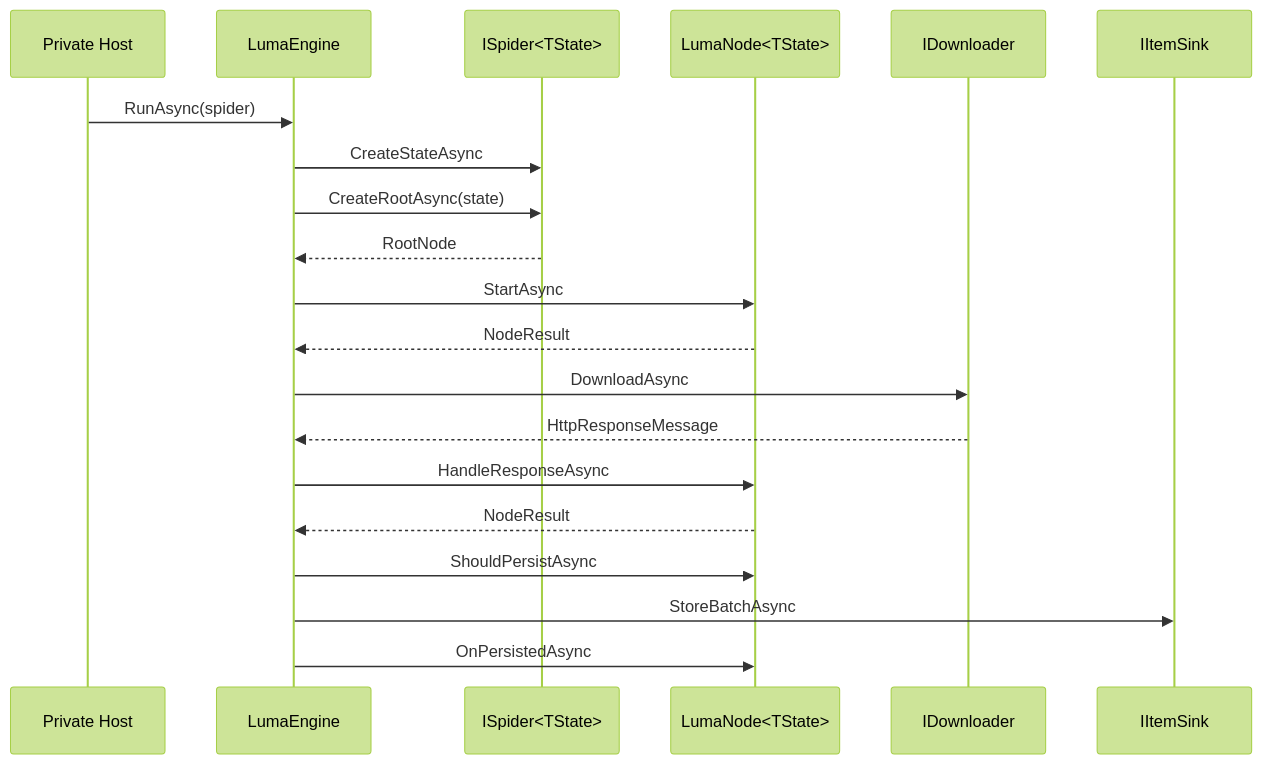
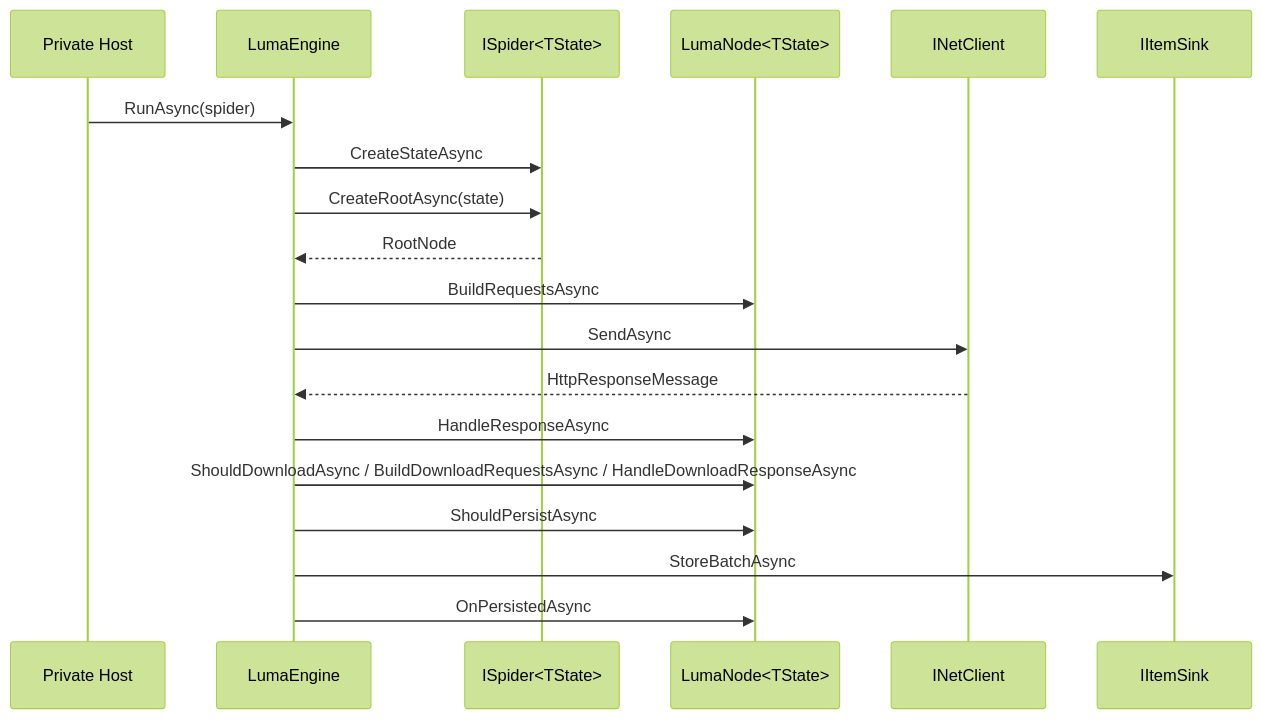
One commit to zeayii/luma changed the diagram in ARCHITECTURE.en.md. Above: the diagram before and after it, drawn with Mermaid (forest theme). The commit also changed other lines of this file and 7 other files, not shown here.

````diff
--- a/ARCHITECTURE.en.md
+++ b/ARCHITECTURE.en.md
@@ -62,23 +67,22 @@
 ```mermaid
 sequenceDiagram
     participant Host as Private Host
     participant Engine as LumaEngine
     participant Spider as ISpider<TState>
     participant Node as LumaNode<TState>
-    participant Downloader as IDownloader
+    participant Net as INetClient
     participant Sink as IItemSink
 
     Host->>Engine: RunAsync(spider)
     Engine->>Spider: CreateStateAsync
     Engine->>Spider: CreateRootAsync(state)
     Spider-->>Engine: RootNode
-    Engine->>Node: StartAsync
-    Node-->>Engine: NodeResult
-    Engine->>Downloader: DownloadAsync
-    Downloader-->>Engine: HttpResponseMessage
+    Engine->>Node: BuildRequestsAsync
+    Engine->>Net: SendAsync
+    Net-->>Engine: HttpResponseMessage
     Engine->>Node: HandleResponseAsync
-    Node-->>Engine: NodeResult
+    Engine->>Node: ShouldDownloadAsync / BuildDownloadRequestsAsync / HandleDownloadResponseAsync
     Engine->>Node: ShouldPersistAsync
     Engine->>Sink: StoreBatchAsync
     Engine->>Node: OnPersistedAsync
 ```
````
